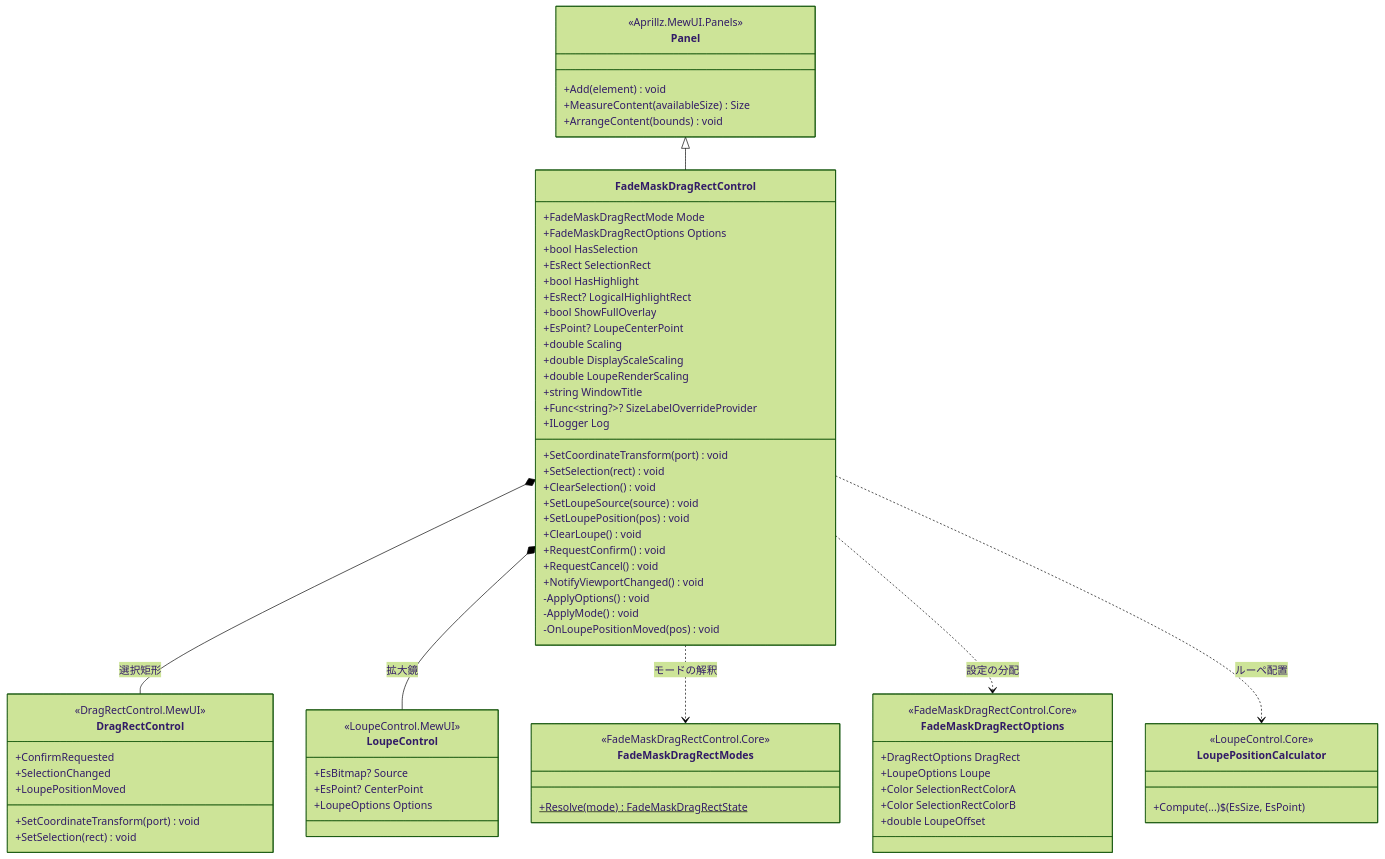
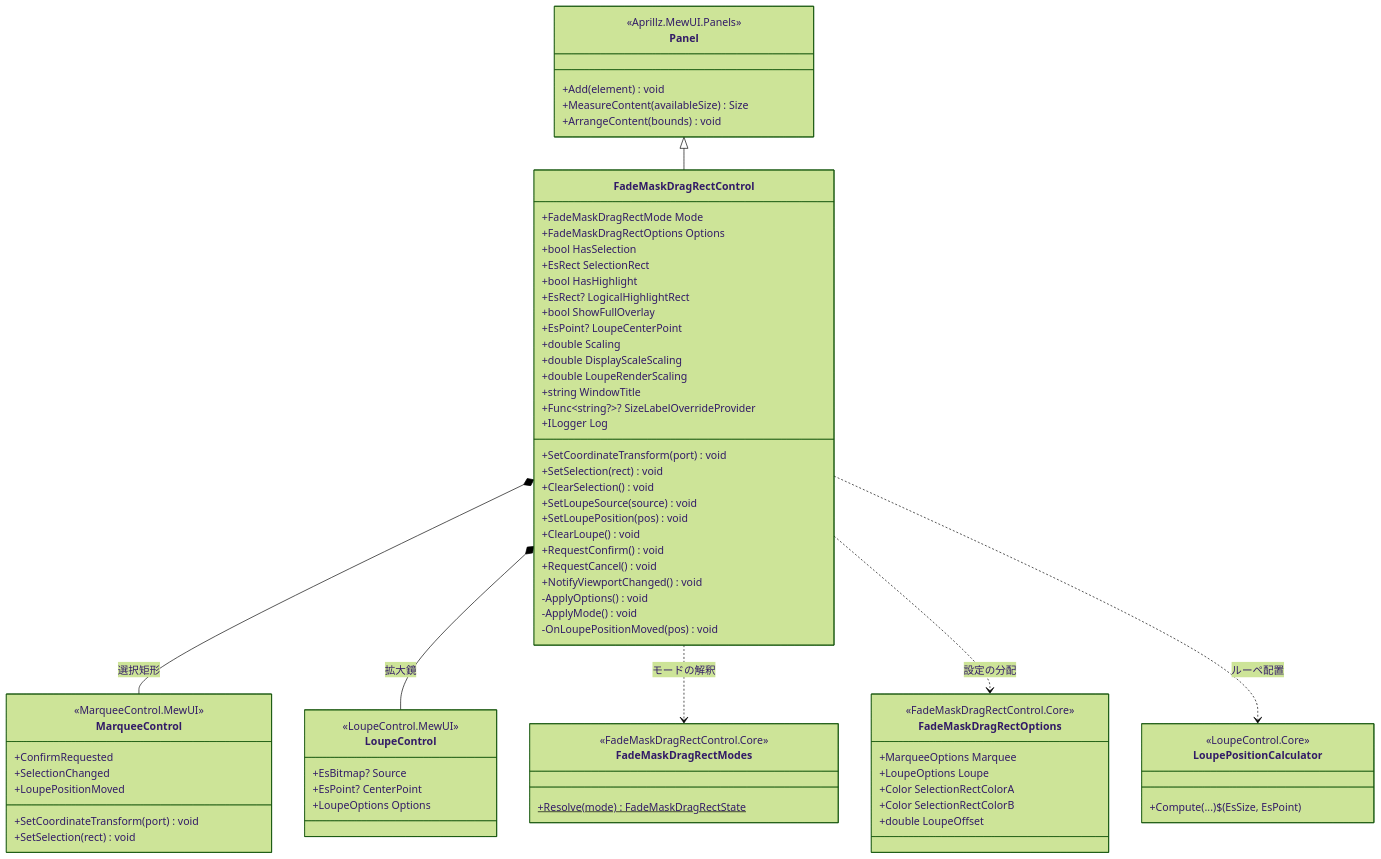
Before and after one commit to tomokuni/SaveEvidence: the first of 4 diagrams in src/FadeMaskDragRectControl.MewUI/SPEC_System.md, drawn with Mermaid (forest theme). The commit also changed other lines of this file and 263 other files, not shown here.

````diff
--- a/src/FadeMaskDragRectControl.MewUI/SPEC_System.md
+++ b/src/FadeMaskDragRectControl.MewUI/SPEC_System.md
@@ -95,74 +95,74 @@
 ```mermaid
 classDiagram
     class Panel {
         <<Aprillz.MewUI.Panels>>
         +Add(element) void
         +MeasureContent(availableSize) Size
         +ArrangeContent(bounds) void
     }
     class FadeMaskDragRectControl {
         +FadeMaskDragRectMode Mode
         +FadeMaskDragRectOptions Options
         +bool HasSelection
         +EsRect SelectionRect
         +bool HasHighlight
         +EsRect? LogicalHighlightRect
         +bool ShowFullOverlay
         +EsPoint? LoupeCenterPoint
         +double Scaling
         +double DisplayScaleScaling
         +double LoupeRenderScaling
         +string WindowTitle
         +Func~string?~? SizeLabelOverrideProvider
         +ILogger Log
         +SetCoordinateTransform(port) void
         +SetSelection(rect) void
         +ClearSelection() void
         +SetLoupeSource(source) void
         +SetLoupePosition(pos) void
         +ClearLoupe() void
         +RequestConfirm() void
         +RequestCancel() void
         +NotifyViewportChanged() void
         -ApplyOptions() void
         -ApplyMode() void
         -OnLoupePositionMoved(pos) void
     }
-    class DragRectControl {
-        <<DragRectControl.MewUI>>
+    class MarqueeControl {
+        <<MarqueeControl.MewUI>>
         +SetCoordinateTransform(port) void
         +SetSelection(rect) void
         +ConfirmRequested
         +SelectionChanged
         +LoupePositionMoved
     }
     class LoupeControl {
         <<LoupeControl.MewUI>>
         +EsBitmap? Source
         +EsPoint? CenterPoint
         +LoupeOptions Options
     }
     class FadeMaskDragRectModes {
         <<FadeMaskDragRectControl.Core>>
         +Resolve(mode)$ FadeMaskDragRectState
     }
     class FadeMaskDragRectOptions {
         <<FadeMaskDragRectControl.Core>>
-        +DragRectOptions DragRect
+        +MarqueeOptions Marquee
         +LoupeOptions Loupe
         +Color SelectionRectColorA
         +Color SelectionRectColorB
         +double LoupeOffset
     }
     class LoupePositionCalculator {
         <<LoupeControl.Core>>
         +Compute(...)$ (EsSize, EsPoint)
     }
 
     Panel <|-- FadeMaskDragRectControl
-    FadeMaskDragRectControl *-- DragRectControl : 選択矩形
+    FadeMaskDragRectControl *-- MarqueeControl : 選択矩形
     FadeMaskDragRectControl *-- LoupeControl : 拡大鏡
     FadeMaskDragRectControl ..> FadeMaskDragRectModes : モードの解釈
     FadeMaskDragRectControl ..> FadeMaskDragRectOptions : 設定の分配
     FadeMaskDragRectControl ..> LoupePositionCalculator : ルーペ配置
 ```
````
